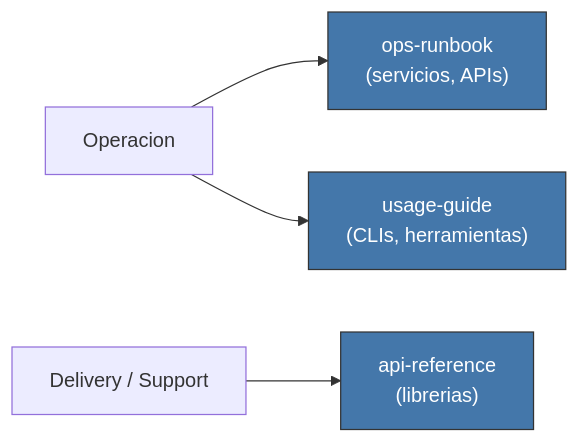
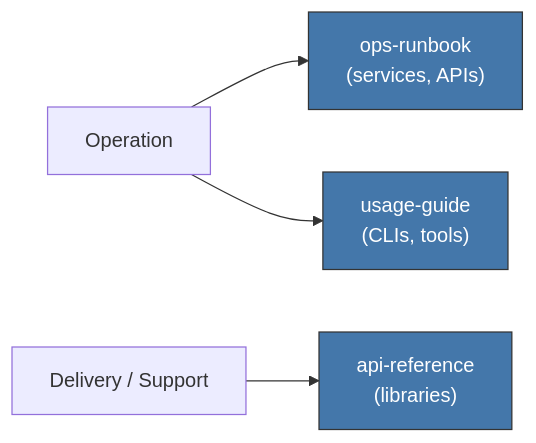
One commit to virgenherrera/virgil changed the second of 3 diagrams in principia/sections/36-operation.md. Above: the diagram before and after it, drawn with Mermaid. The commit also changed other lines of this file and 42 other files, not shown here.

````diff
--- a/principia/sections/36-operation.md
+++ b/principia/sections/36-operation.md
@@ -60,11 +60,11 @@
 ```mermaid
 flowchart LR
-    OP["Operacion"]
-    OP --> RUNBOOK["ops-runbook\n(servicios, APIs)"]
-    OP --> USAGE["usage-guide\n(CLIs, herramientas)"]
-    DELIVERY["Delivery / Support"] --> APIREF["api-reference\n(librerias)"]
+    OP["Operation"]
+    OP --> RUNBOOK["ops-runbook\n(services, APIs)"]
+    OP --> USAGE["usage-guide\n(CLIs, tools)"]
+    DELIVERY["Delivery / Support"] --> APIREF["api-reference\n(libraries)"]
 
     style RUNBOOK fill:#47a,stroke:#333,color:#fff
     style USAGE fill:#47a,stroke:#333,color:#fff
     style APIREF fill:#47a,stroke:#333,color:#fff
 ```
````
